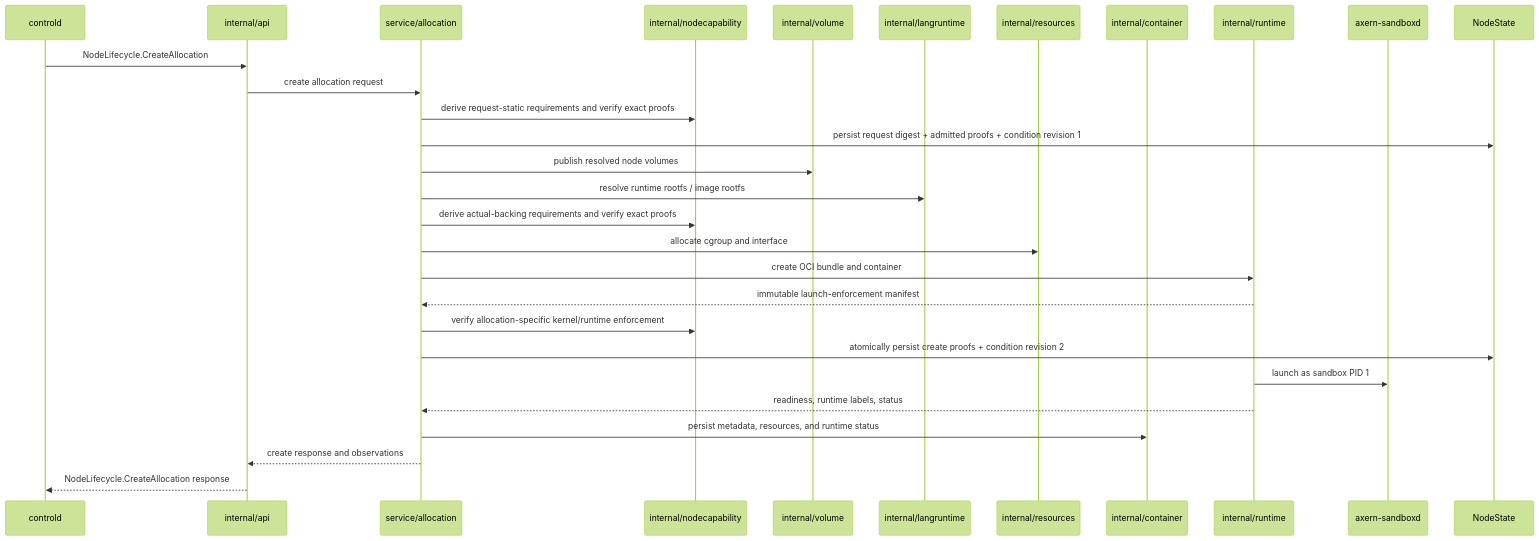
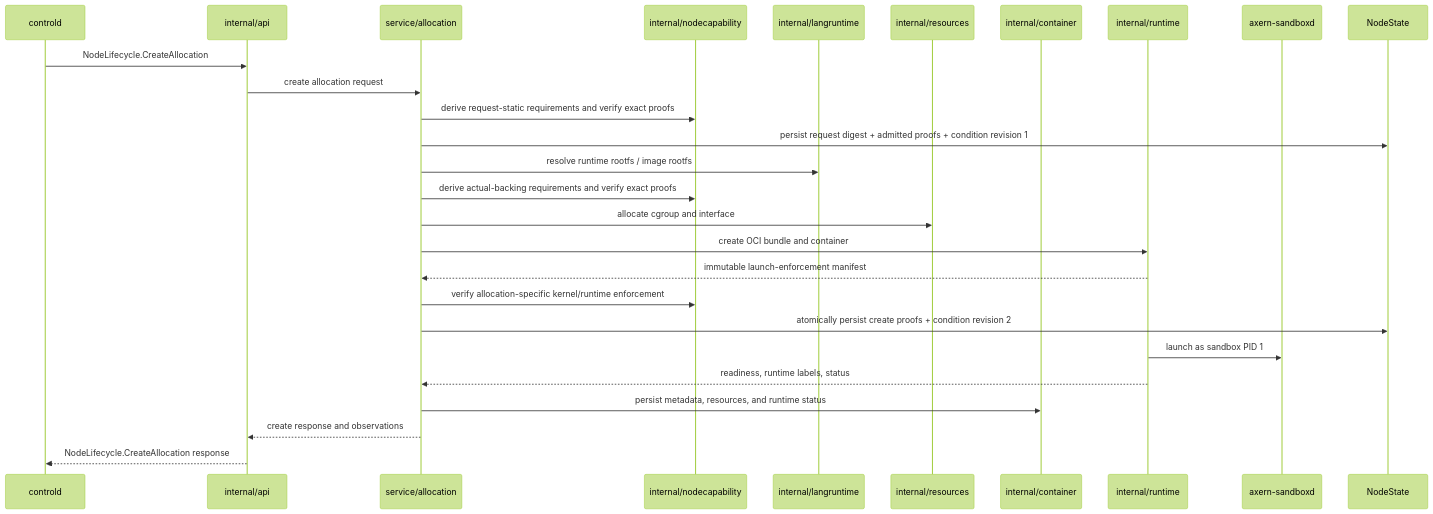
One commit to cofy-x/axern changed the second of 3 diagrams in runtime/axnoded/docs/architecture.md. Above: the diagram before and after it, drawn with Mermaid (forest theme). The commit also changed other lines of this file and 421 other files, not shown here.

````diff
--- a/runtime/axnoded/docs/architecture.md
+++ b/runtime/axnoded/docs/architecture.md
@@ -71,31 +70,29 @@
 ```mermaid
 sequenceDiagram
     participant Control as controld
     participant API as internal/api
     participant Start as service/allocation
     participant Capability as internal/nodecapability
-    participant Volume as internal/volume
     participant LangRT as internal/langruntime
     participant Resources as internal/resources
     participant Container as internal/container
     participant Runtime as internal/runtime
     participant Sandboxd as axern-sandboxd
 
     Control->>API: NodeLifecycle.CreateAllocation
     API->>Start: create allocation request
     Start->>Capability: derive request-static requirements and verify exact proofs
     Start->>NodeState: persist request digest + admitted proofs + condition revision 1
-    Start->>Volume: publish resolved node volumes
     Start->>LangRT: resolve runtime rootfs / image rootfs
     Start->>Capability: derive actual-backing requirements and verify exact proofs
     Start->>Resources: allocate cgroup and interface
     Start->>Runtime: create OCI bundle and container
     Runtime-->>Start: immutable launch-enforcement manifest
     Start->>Capability: verify allocation-specific kernel/runtime enforcement
     Start->>NodeState: atomically persist create proofs + condition revision 2
     Runtime->>Sandboxd: launch as sandbox PID 1
     Runtime-->>Start: readiness, runtime labels, status
     Start->>Container: persist metadata, resources, and runtime status
     Start-->>API: create response and observations
     API-->>Control: NodeLifecycle.CreateAllocation response
 ```
````
